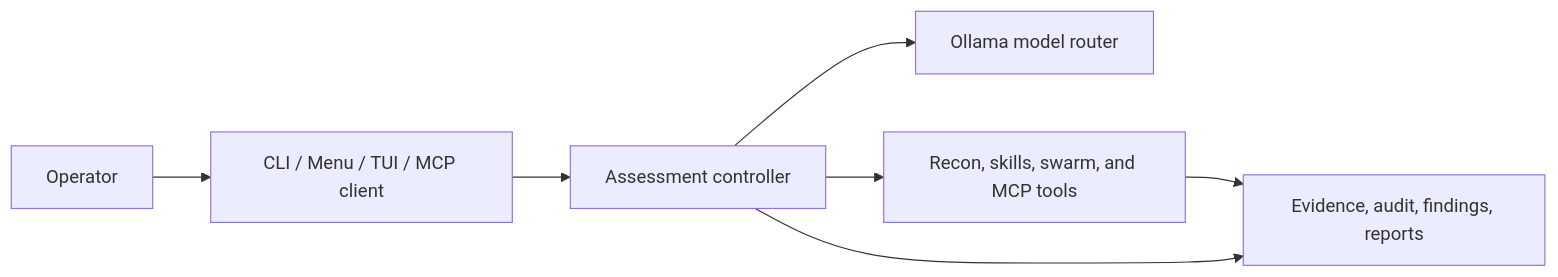
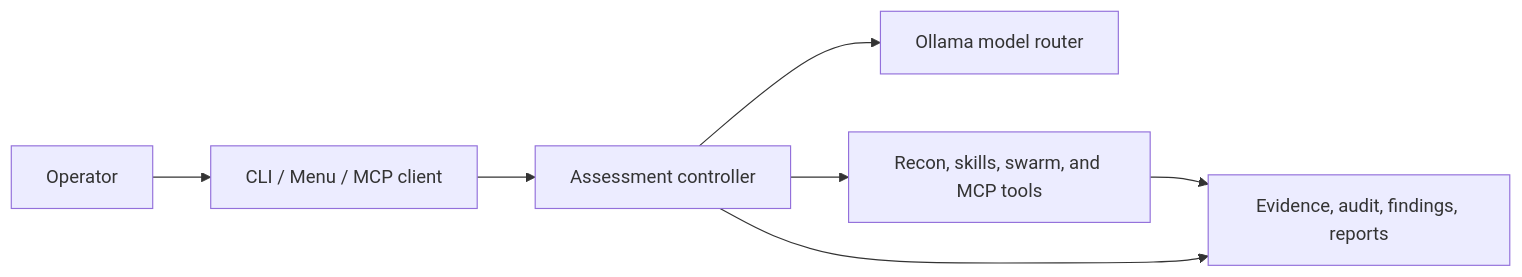
One commit to braydos-h/BreachPilot changed the diagram in README.md. Above: the diagram before and after it, drawn with Mermaid. The commit also changed other lines of this file and 74 other files, not shown here.

````diff
--- a/README.md
+++ b/README.md
@@ -162,9 +160,9 @@
 ```mermaid
 flowchart LR
-    O[Operator] --> I[CLI / Menu / TUI / MCP client]
+    O[Operator] --> I[CLI / Menu / MCP client]
     I --> C[Assessment controller]
     C --> M[Ollama model router]
     C --> W[Recon, skills, swarm, and MCP tools]
     W --> A[Evidence, audit, findings, reports]
     C --> A
 ```
````
